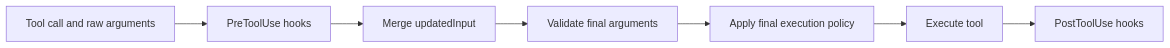
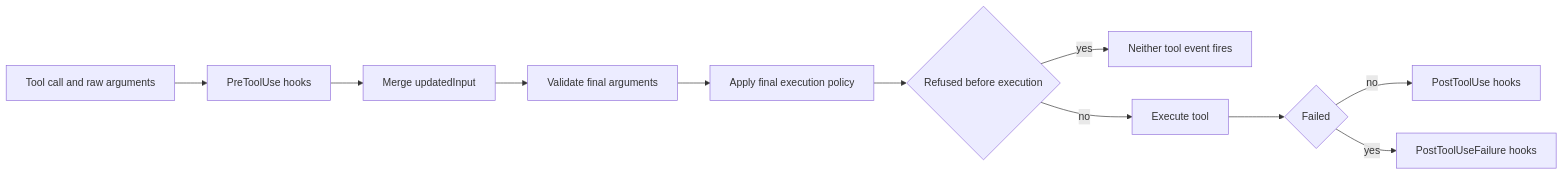
Before and after one commit to prime-radiant-inc/evener: the diagram in docs/hooks.md, drawn with Mermaid. The commit also changed other lines of this file and 58 other files, not shown here.

````diff
--- a/docs/hooks.md
+++ b/docs/hooks.md
@@ -168,9 +307,13 @@
 ```mermaid
 flowchart LR
   Call[Tool call and raw arguments] --> Pre[PreToolUse hooks]
   Pre --> Merge[Merge updatedInput]
   Merge --> Schema[Validate final arguments]
   Schema --> Policy[Apply final execution policy]
-  Policy --> Tool[Execute tool]
-  Tool --> Post[PostToolUse hooks]
+  Policy --> Refused{Refused before execution}
+  Refused -->|yes| Neither[Neither tool event fires]
+  Refused -->|no| Tool[Execute tool]
+  Tool --> Failed{Failed}
+  Failed -->|no| Post[PostToolUse hooks]
+  Failed -->|yes| PostFail[PostToolUseFailure hooks]
 ```
````
